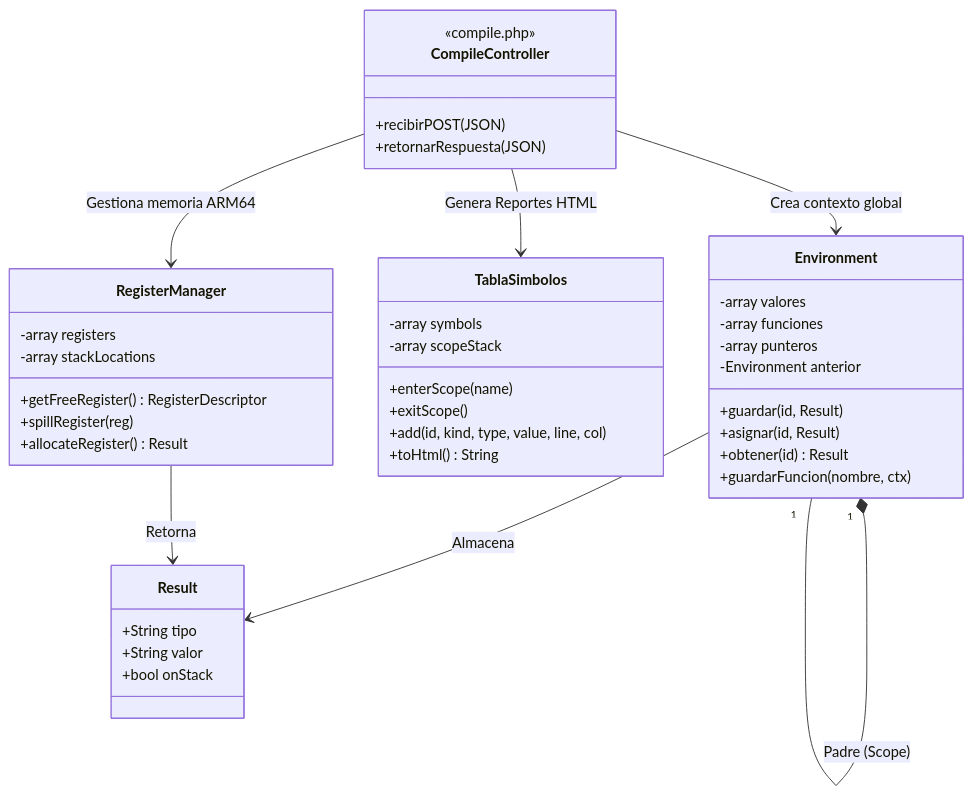
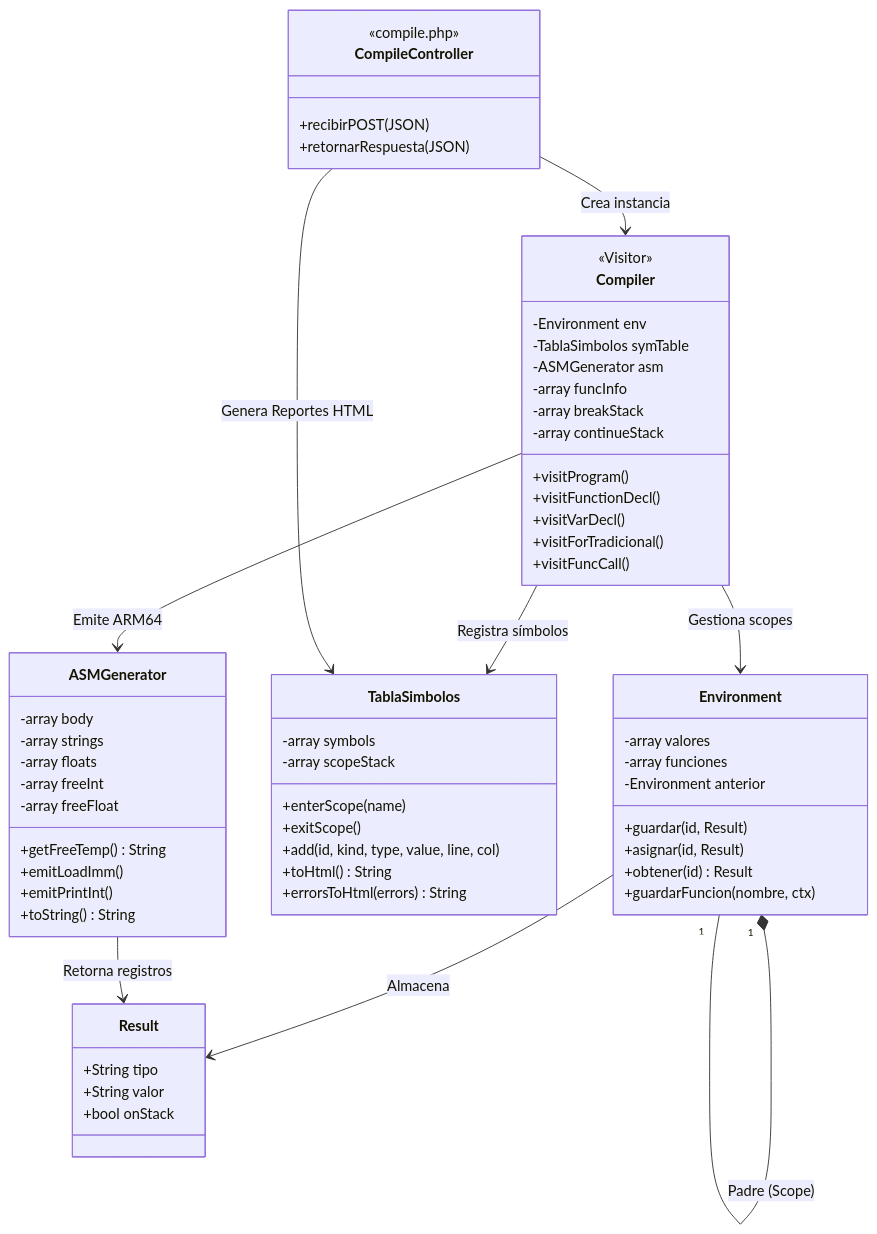
The first of 2 diagrams in docs/Manual_Tecnico.md (Dr-Nerdjoy/OLC2_1S2026_Proyecto2), drawn with Mermaid before and after one commit. The commit also changed other lines of this file and 4 other files, not shown here.

````diff
--- a/docs/Manual_Tecnico.md
+++ b/docs/Manual_Tecnico.md
@@ -39,45 +54,65 @@
 ```mermaid
 classDiagram
     class CompileController {
         <<compile.php>>
         +recibirPOST(JSON)
         +retornarRespuesta(JSON)
     }
+    class Compiler {
+        <<Visitor>>
+        -Environment env
+        -TablaSimbolos symTable
+        -ASMGenerator asm
+        -array funcInfo
+        -array breakStack
+        -array continueStack
+        +visitProgram()
+        +visitFunctionDecl()
+        +visitVarDecl()
+        +visitForTradicional()
+        +visitFuncCall()
+    }
     class Environment {
         -array valores
         -array funciones
-        -array punteros
         -Environment anterior
         +guardar(id, Result)
         +asignar(id, Result)
         +obtener(id) Result
         +guardarFuncion(nombre, ctx)
     }
     class TablaSimbolos {
         -array symbols
         -array scopeStack
         +enterScope(name)
         +exitScope()
         +add(id, kind, type, value, line, col)
         +toHtml() String
+        +errorsToHtml(errors) String
     }
-    class RegisterManager {
-        -array registers
-        -array stackLocations
-        +getFreeRegister() RegisterDescriptor
-        +spillRegister(reg)
-        +allocateRegister() Result
+    class ASMGenerator {
+        -array body
+        -array strings
+        -array floats
+        -array freeInt
+        -array freeFloat
+        +getFreeTemp() String
+        +emitLoadImm()
+        +emitPrintInt()
+        +toString() String
     }
     class Result {
         +String tipo
         +String valor
         +bool onStack
     }
 
-    CompileController --> Environment : Crea contexto global
-    CompileController --> TablaSimbolos : Genera Reportes HTML
-    CompileController --> RegisterManager : Gestiona memoria ARM64
+    CompileController --> Compiler : Crea instancia
+    Compiler --> Environment : Gestiona scopes
+    Compiler --> TablaSimbolos : Registra símbolos
+    Compiler --> ASMGenerator : Emite ARM64
     Environment "1" *-- "1" Environment : Padre (Scope)
     Environment --> Result : Almacena
-    RegisterManager --> Result : Retorna
+    ASMGenerator --> Result : Retorna registros
+    CompileController --> TablaSimbolos : Genera Reportes HTML
 ```
````
